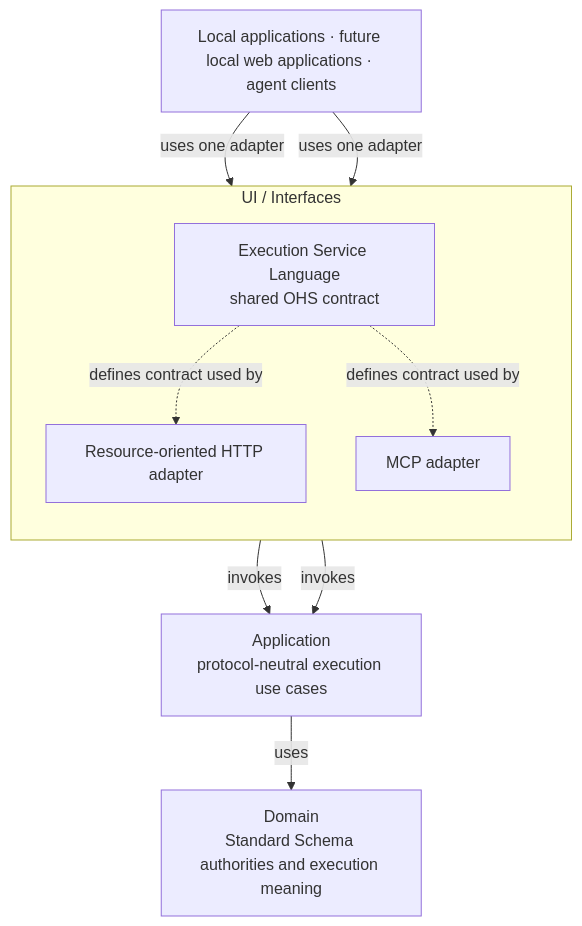
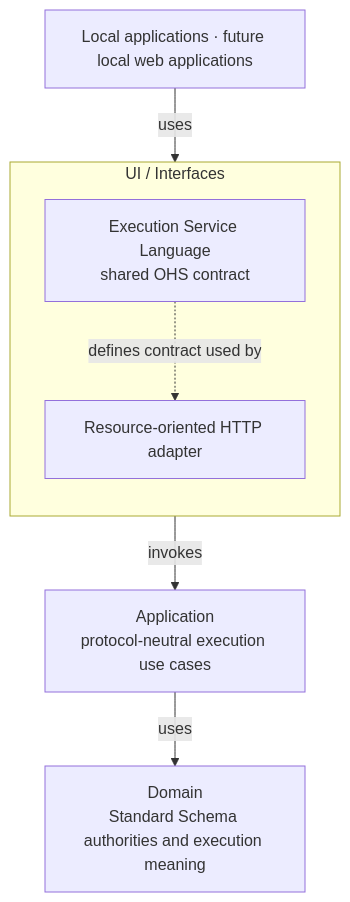
The third of 4 diagrams in libs/gda-balancing/docs/ARCHITECTURE.md (aigengame/godot-agent), drawn with Mermaid before and after one commit. The commit also changed other lines of this file and 3 other files, not shown here.

````diff
--- a/libs/gda-balancing/docs/ARCHITECTURE.md
+++ b/libs/gda-balancing/docs/ARCHITECTURE.md
@@ -738,23 +739,19 @@
 ```mermaid
 flowchart TB
-    C["Local applications · future local web applications · agent clients"]
+    C["Local applications · future local web applications"]
 
     subgraph IF["UI / Interfaces"]
         direction TB
         H["Resource-oriented HTTP adapter"]
-        M["MCP adapter"]
         P["Execution Service Language<br/>shared OHS contract"]
 
         P -. "defines contract used by" .-> H
-        P -. "defines contract used by" .-> M
     end
 
     A["Application<br/>protocol-neutral execution use cases"]
     D["Domain<br/>Standard Schema authorities and execution meaning"]
 
-    C -->|"uses one adapter"| H
-    C -->|"uses one adapter"| M
+    C -->|"uses"| H
     H -->|"invokes"| A
-    M -->|"invokes"| A
     A -->|"uses"| D
 ```
````
